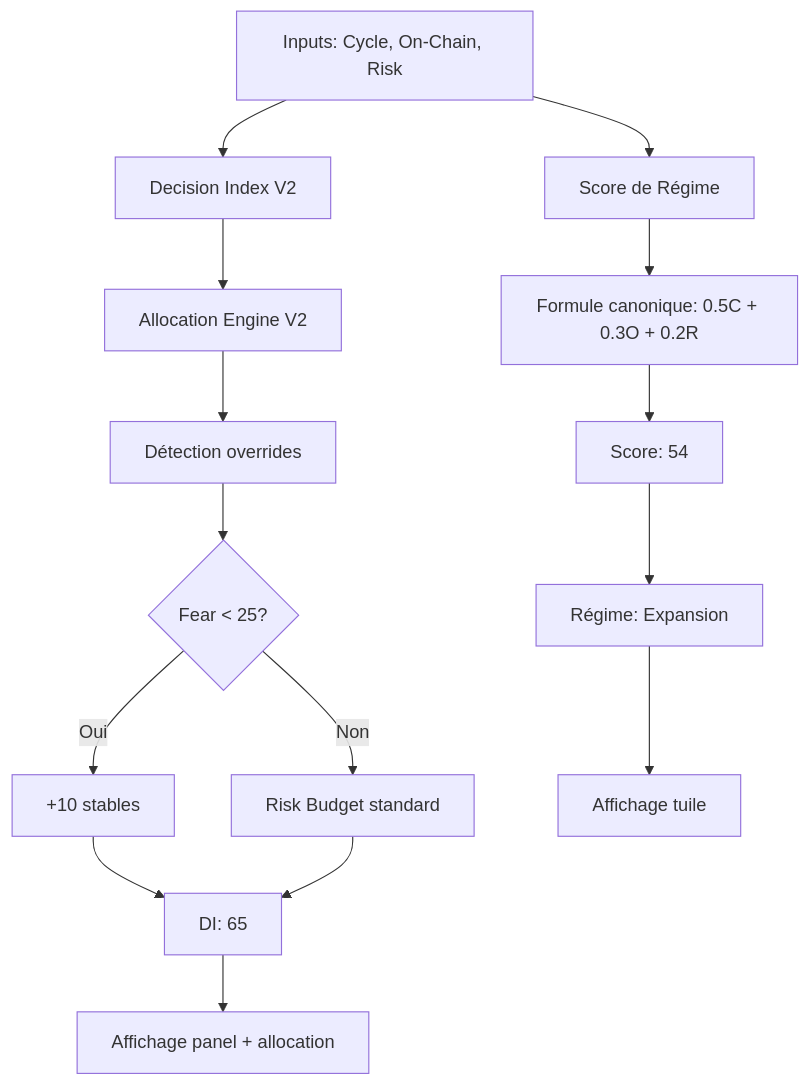
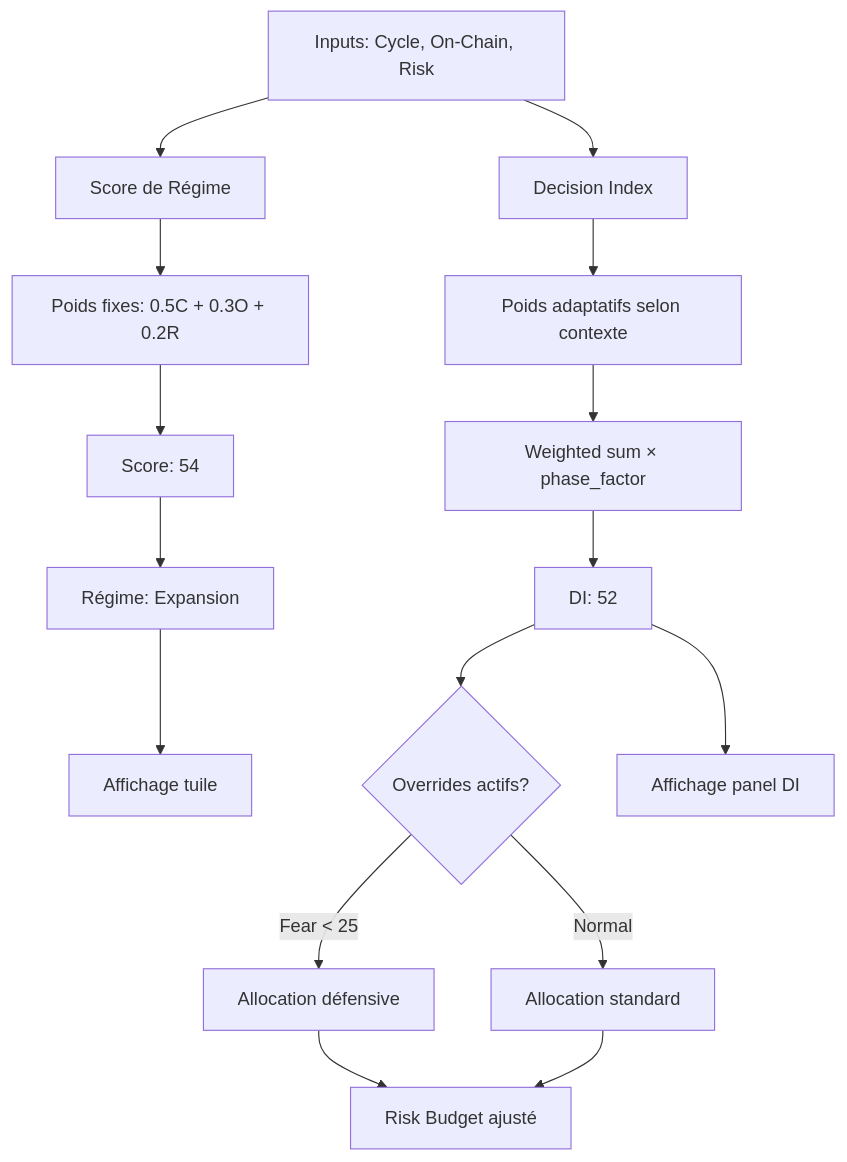
Before and after one commit to jackseg80/smartfolio: the diagram in docs/DECISION_INDEX_V2.md, drawn with Mermaid. The commit also changed other lines of this file and 2 other files, not shown here.

First line of the commit message:
fix(decision-index): Calculate real DI score (0-100) instead of binary 65/45

````diff
--- a/docs/DECISION_INDEX_V2.md
+++ b/docs/DECISION_INDEX_V2.md
@@ -282,20 +286,22 @@
 ```mermaid
 graph TD
     A[Inputs: Cycle, On-Chain, Risk] --> B[Score de Régime]
-    A --> C[Decision Index V2]
+    A --> C[Decision Index]
 
-    B --> D[Formule canonique: 0.5C + 0.3O + 0.2R]
+    B --> D[Poids fixes: 0.5C + 0.3O + 0.2R]
     D --> E[Score: 54]
     E --> F[Régime: Expansion]
 
-    C --> G[Allocation Engine V2]
-    G --> H[Détection overrides]
-    H --> I{Fear < 25?}
-    I -->|Oui| J[+10 stables]
-    I -->|Non| K[Risk Budget standard]
-    J --> L[DI: 65]
-    K --> L
+    C --> G[Poids adaptatifs selon contexte]
+    G --> H[Weighted sum × phase_factor]
+    H --> I[DI: 52]
+
+    I --> J{Overrides actifs?}
+    J -->|Fear < 25| K[Allocation défensive]
+    J -->|Normal| L[Allocation standard]
 
     F --> M[Affichage tuile]
-    L --> N[Affichage panel + allocation]
+    I --> N[Affichage panel DI]
+    K --> O[Risk Budget ajusté]
+    L --> O
 ```
````
